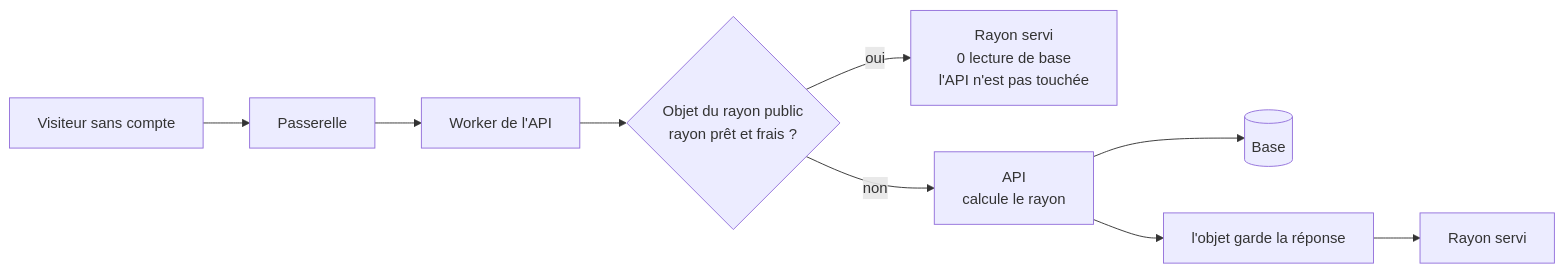
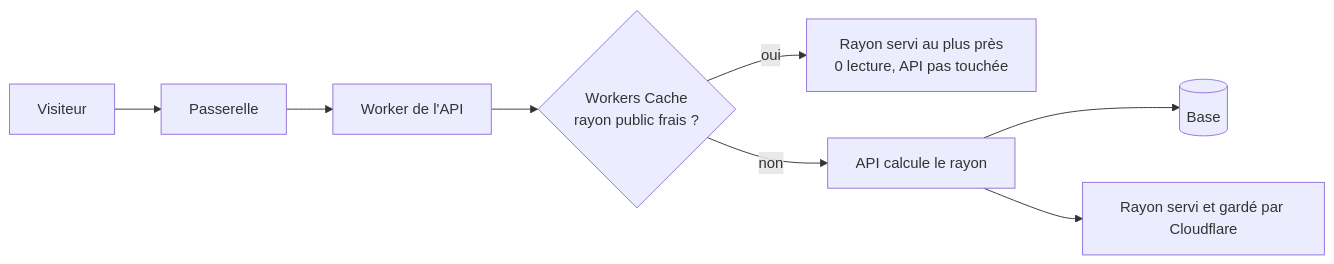
Before and after one commit to hugoheynard/lfd: the first of 3 diagrams in documentation/pricing/moteur/plan-cache-du-catalogue.md, drawn with Mermaid. The commit also changed other lines of this file, not shown here.

First line of the commit message:
docs(pricing): le cache du catalogue, quatrième forme

````diff
--- a/documentation/pricing/moteur/plan-cache-du-catalogue.md
+++ b/documentation/pricing/moteur/plan-cache-du-catalogue.md
@@ -33,11 +33,10 @@
 ```mermaid
 flowchart LR
-  V["Visiteur sans compte"] --> G["Passerelle"]
+  V["Visiteur"] --> G["Passerelle"]
   G --> W["Worker de l'API"]
-  W --> O{"Objet du rayon public<br/>rayon prêt et frais ?"}
-  O -->|"oui"| R1["Rayon servi<br/>0 lecture de base<br/>l'API n'est pas touchée"]
-  O -->|"non"| A["API<br/>calcule le rayon"]
+  W --> C{"Workers Cache<br/>rayon public frais ?"}
+  C -->|"oui"| R1["Rayon servi au plus près<br/>0 lecture, API pas touchée"]
+  C -->|"non"| A["API calcule le rayon"]
   A --> B[("Base")]
-  A --> O2["l'objet garde la réponse"]
-  O2 --> R2["Rayon servi"]
+  A --> R2["Rayon servi et gardé par Cloudflare"]
 ```
````
